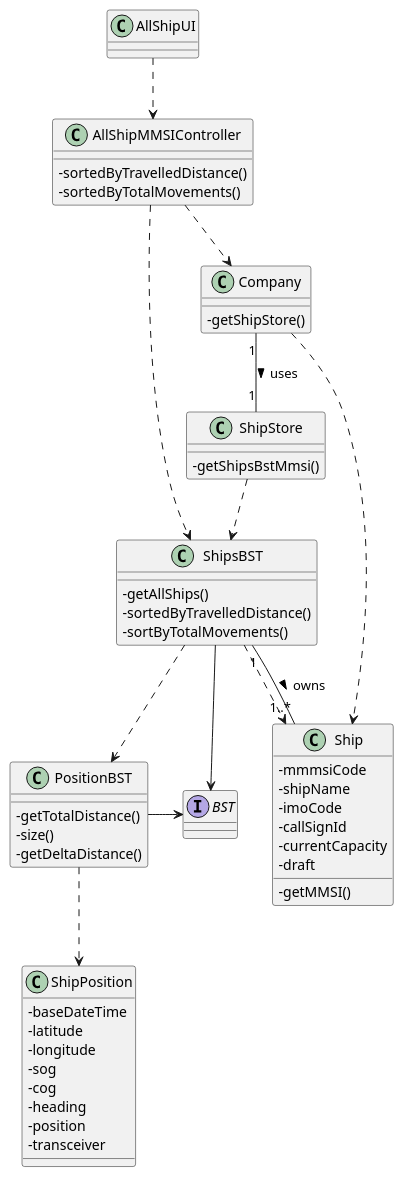
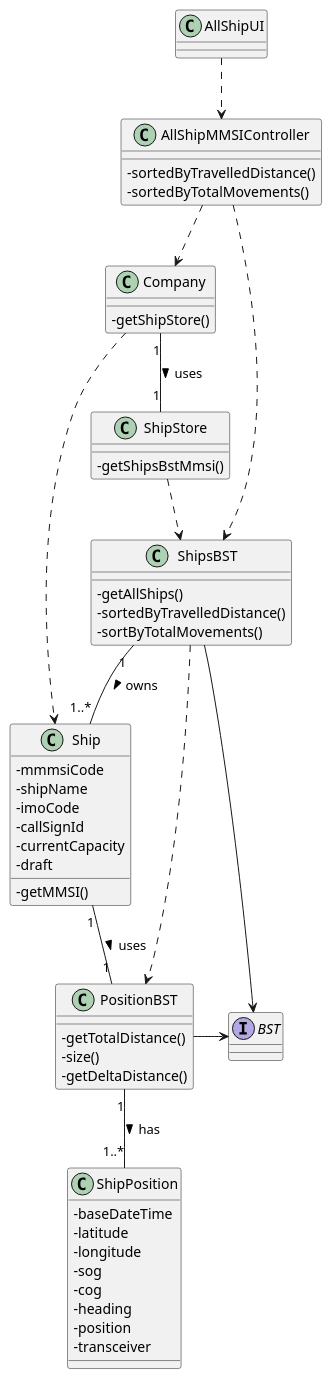
The diagram in docs/US105/US105_CD.puml (ana-albergaria/LAPR3-ISEP), drawn with PlantUML before and after one commit. The commit also changed 6 other files, not shown here.

```diff
--- a/docs/US105/US105_CD.puml
+++ b/docs/US105/US105_CD.puml
@@ -1,72 +1,74 @@
 @startuml
 
 skinparam classAttributeIconSize 0
 
 
 class Ship {
     -mmmsiCode
     -shipName
     -imoCode
     -callSignId
     -currentCapacity /'added by us'/
     -draft
 
     -getMMSI()
 }
 
 class ShipPosition {
     -baseDateTime
     -latitude
     -longitude
     -sog
     -cog
     -heading
     -position
     -transceiver
 }
 
 class ShipStore {
     -getShipsBstMmsi()
 }
 
 
 class AllShipUI {}
 
 class AllShipMMSIController {
     -sortedByTravelledDistance()
     -sortedByTotalMovements()
 }
 
 class ShipsBST{
     -getAllShips()
     -sortedByTravelledDistance()
     -sortByTotalMovements()
 }
 
 class PositionBST{
     -getTotalDistance()
     -size()
     -getDeltaDistance()
 }
 class Company {
     -getShipStore()
 }
 
 interface BST{}
 
 
 Company "1" -- "1" ShipStore : uses >
 ShipStore ..> ShipsBST
 ShipsBST "1" -- "1..*" Ship : owns >
 AllShipUI ..> AllShipMMSIController
 AllShipMMSIController ..> ShipsBST
 AllShipMMSIController ..> Company
-ShipsBST ..> Ship
+/'ShipsBST ..> Ship'/
 ShipsBST -> BST
 ShipsBST ..> PositionBST
-PositionBST ..> ShipPosition
+/'PositionBST ..> ShipPosition'/
 PositionBST -> BST
 Company ..> Ship
+PositionBST "1" -- "1..*" ShipPosition : has >
+Ship "1" -- "1" PositionBST : uses >
 
 
 @enduml
```
